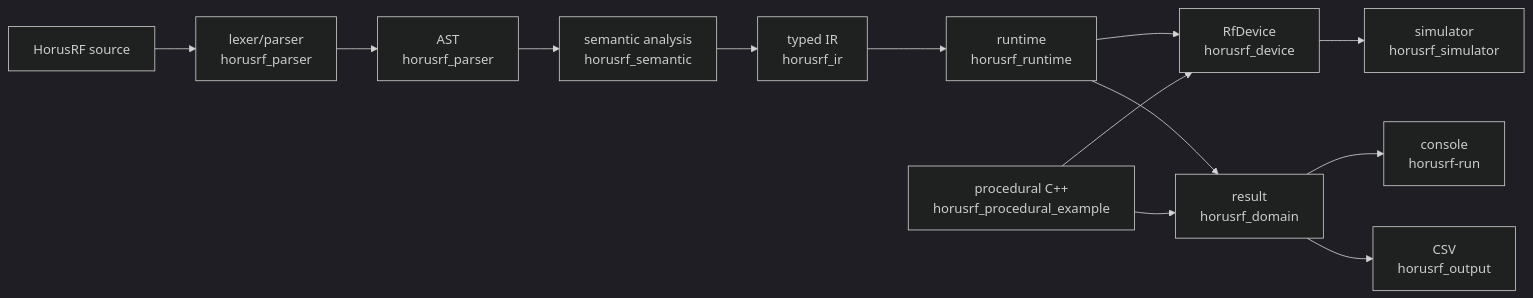
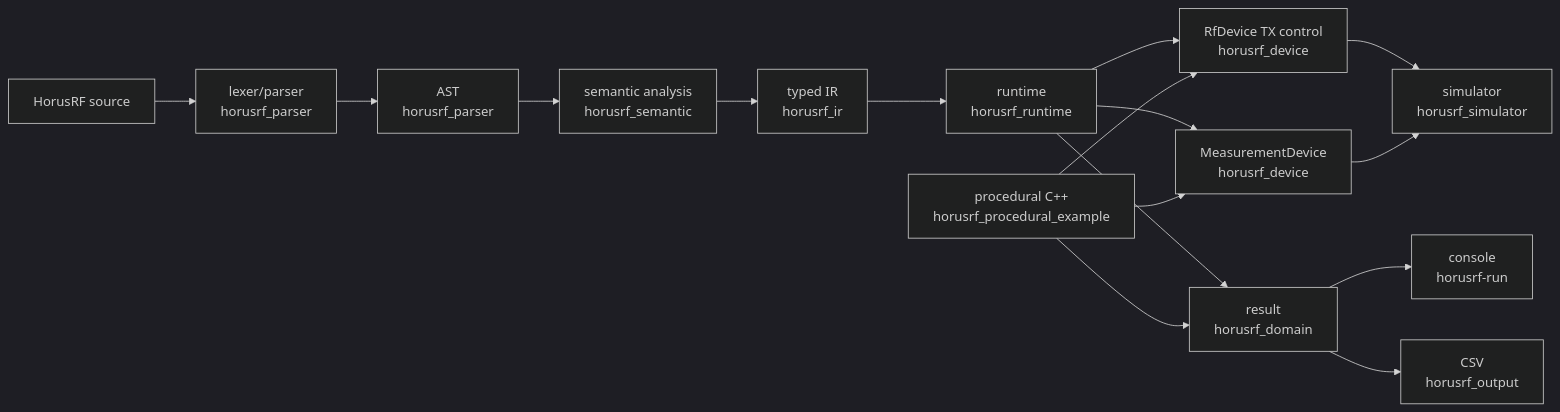
One commit to sergiorf/HorusRF changed the first of 4 diagrams in docs/architecture.md. Above: the diagram before and after it, drawn with Mermaid (dark theme). The commit also changed other lines of this file and 20 other files, not shown here.

Commit message:
Refactor TX characterization into separate tester and measurement devices

````diff
--- a/docs/architecture.md
+++ b/docs/architecture.md
@@ -22,15 +24,18 @@
 ```mermaid
 flowchart LR
     Source[HorusRF source] --> Parser[lexer/parser<br/>horusrf_parser]
     Parser --> AST[AST<br/>horusrf_parser]
     AST --> Semantic[semantic analysis<br/>horusrf_semantic]
     Semantic --> IR[typed IR<br/>horusrf_ir]
     IR --> Runtime[runtime<br/>horusrf_runtime]
-    Runtime --> Device[RfDevice<br/>horusrf_device]
-    Device --> Simulator[simulator<br/>horusrf_simulator]
+    Runtime --> Tester[RfDevice TX control<br/>horusrf_device]
+    Runtime --> Measurement[MeasurementDevice<br/>horusrf_device]
+    Tester --> Simulator[simulator<br/>horusrf_simulator]
+    Measurement --> Simulator
     Runtime --> Result[result<br/>horusrf_domain]
     Result --> Console[console<br/>horusrf-run]
     Result --> CSV[CSV<br/>horusrf_output]
-    Procedural[procedural C++<br/>horusrf_procedural_example] --> Device
+    Procedural[procedural C++<br/>horusrf_procedural_example] --> Tester
+    Procedural --> Measurement
     Procedural --> Result
 ```
````
